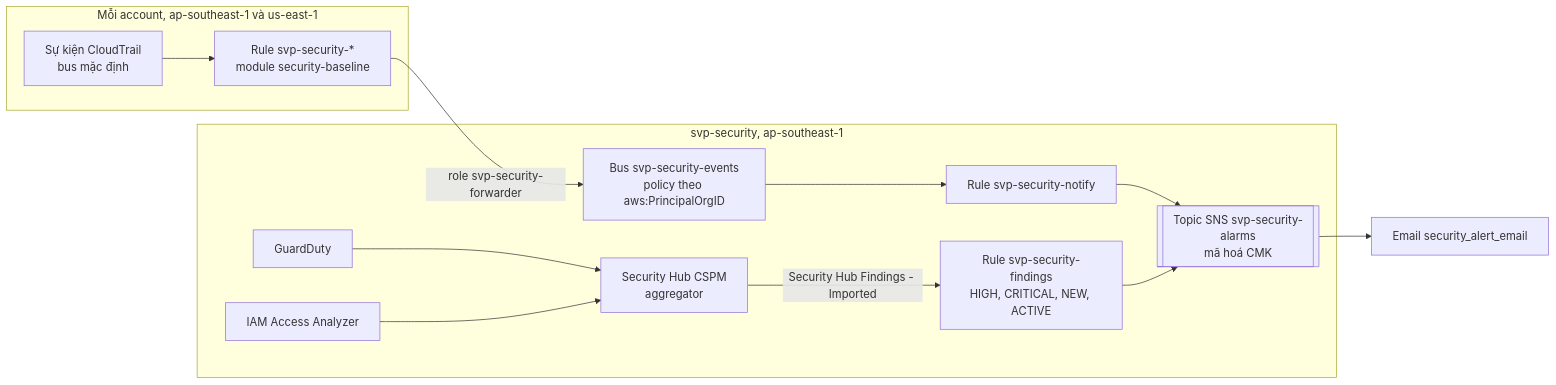
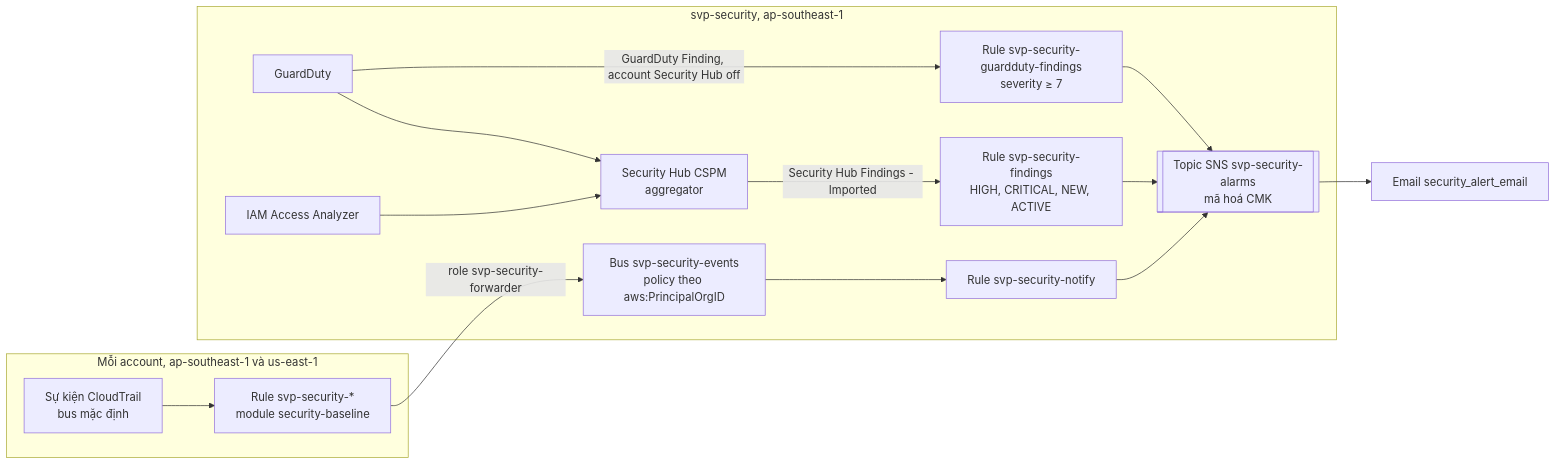
One commit to anhnvcoder/svp-backend changed the second of 3 diagrams in docs/explanation/aws-security.md. Above: the diagram before and after it, drawn with Mermaid. The commit also changed other lines of this file and 16 other files, not shown here.

````diff
--- a/docs/explanation/aws-security.md
+++ b/docs/explanation/aws-security.md
@@ -205,16 +210,18 @@
 ```mermaid
 flowchart LR
     subgraph acct["Mỗi account, ap-southeast-1 và us-east-1"]
         ct["Sự kiện CloudTrail<br/>bus mặc định"] --> fwd["Rule svp-security-*<br/>module security-baseline"]
     end
     subgraph sec["svp-security, ap-southeast-1"]
         bus["Bus svp-security-events<br/>policy theo aws:PrincipalOrgID"] --> notify["Rule svp-security-notify"]
         gd["GuardDuty"] --> sh["Security Hub CSPM<br/>aggregator"]
         aa["IAM Access Analyzer"] --> sh
         sh -->|"Security Hub Findings - Imported"| findings["Rule svp-security-findings<br/>HIGH, CRITICAL, NEW, ACTIVE"]
+        gd -->|"GuardDuty Finding, account Security Hub off"| gdf["Rule svp-security-guardduty-findings<br/>severity ≥ 7"]
         notify --> sns[["Topic SNS svp-security-alarms<br/>mã hoá CMK"]]
         findings --> sns
+        gdf --> sns
     end
     fwd -->|"role svp-security-forwarder"| bus
     sns --> mail["Email security_alert_email"]
 ```
````
